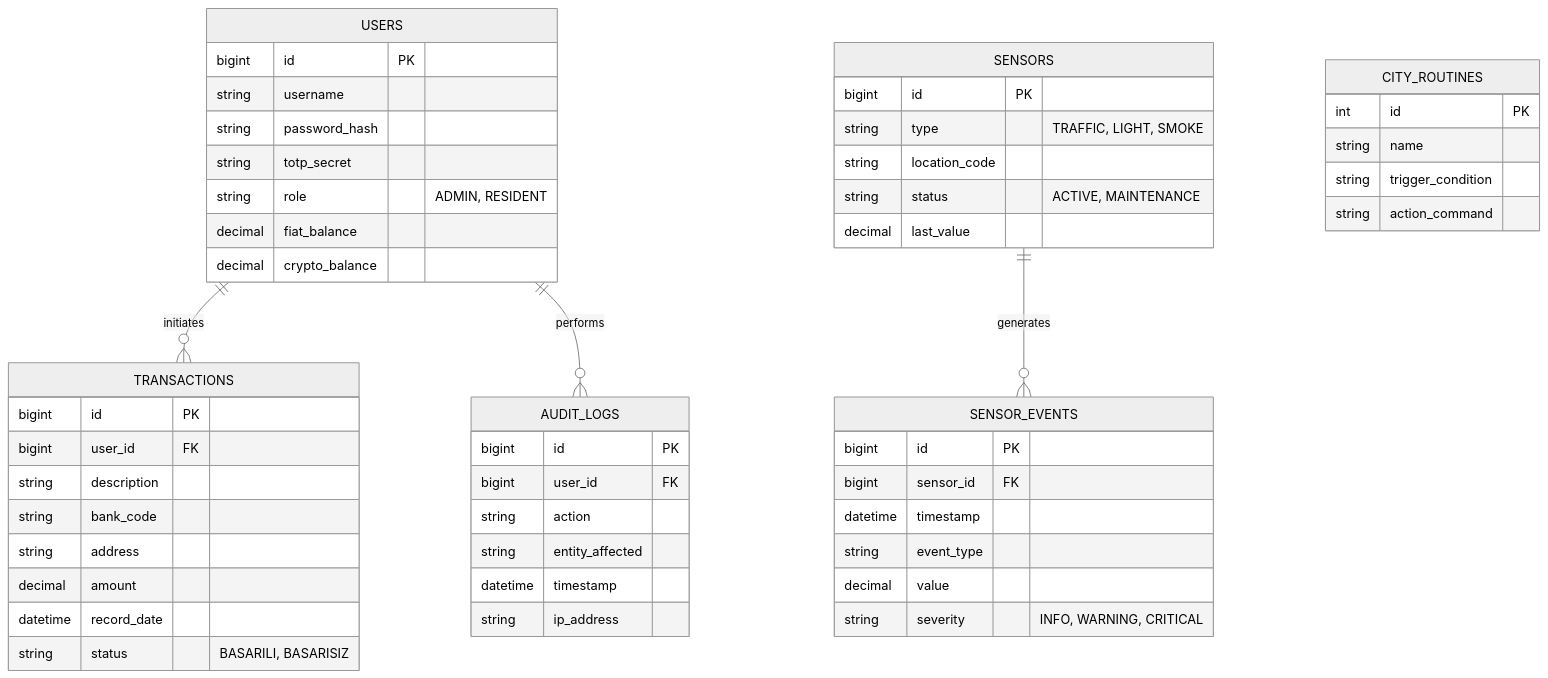
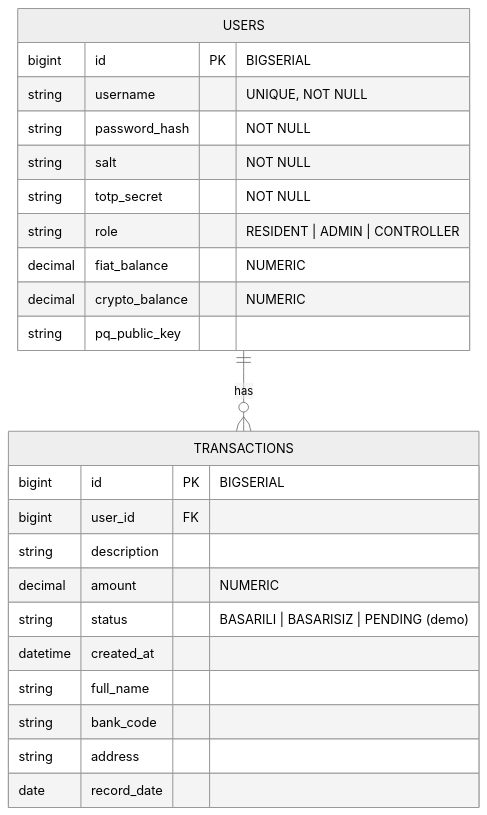
One commit to ferdiozaydin/digibank changed the diagram in docs/ek_a_database_schema.mmd. Above: the diagram before and after it, drawn with Mermaid. The commit also changed 11 other files, not shown here.

First line of the commit message:
Refactor UML diagrams and pseudocode for DigiBank Smart City prototype

```diff
--- a/docs/ek_a_database_schema.mmd
+++ b/docs/ek_a_database_schema.mmd
@@ -1,69 +1,38 @@
 ---
 config:
   theme: neutral
 ---
+
 erDiagram
 
-    %% Kullanıcı (In-Memory Prototype Model)
+    %% NOT:
+    %% - Bu şema, docker-compose ile ayağa kalkan PostgreSQL (opsiyonel) tablolarını gösterir.
+    %% - Smart city / sensor bileşenleri DB'ye yazmaz; olaylar demo/console ve AuditLogger ile takip edilir.
+    %% - DB kapalıysa repository'ler in-memory + dosya fallback davranışı gösterebilir.
+
     USERS {
-        bigint id PK
-        string username
-        string password_hash
-        string totp_secret
-        string role "ADMIN, RESIDENT"
-        decimal fiat_balance
-        decimal crypto_balance
+        bigint id PK "BIGSERIAL"
+        string username "UNIQUE, NOT NULL"
+        string password_hash "NOT NULL"
+        string salt "NOT NULL"
+        string totp_secret "NOT NULL"
+        string role "RESIDENT | ADMIN | CONTROLLER"
+        decimal fiat_balance "NUMERIC"
+        decimal crypto_balance "NUMERIC"
+        string pq_public_key
     }
 
-    %% Bankacılık Modülü
     TRANSACTIONS {
-        bigint id PK
+        bigint id PK "BIGSERIAL"
         bigint user_id FK
         string description
+        decimal amount "NUMERIC"
+        string status "BASARILI | BASARISIZ | PENDING (demo)"
+        datetime created_at
+        string full_name
         string bank_code
         string address
-        decimal amount
-        datetime record_date
-        string status "BASARILI, BASARISIZ"
+        date record_date
     }
 
-    USERS ||--o{ TRANSACTIONS : "initiates"
-
-    %% Akıllı Şehir Modülü
-    SENSORS {
-        bigint id PK
-        string type "TRAFFIC, LIGHT, SMOKE"
-        string location_code
-        string status "ACTIVE, MAINTENANCE"
-        decimal last_value
-    }
-
-    SENSOR_EVENTS {
-        bigint id PK
-        bigint sensor_id FK
-        datetime timestamp
-        string event_type
-        decimal value
-        string severity "INFO, WARNING, CRITICAL"
-    }
-
-    CITY_ROUTINES {
-        int id PK
-        string name
-        string trigger_condition
-        string action_command
-    }
-
-    SENSORS ||--o{ SENSOR_EVENTS : "generates"
-    
-    %% Audit ve Loglama
-    AUDIT_LOGS {
-        bigint id PK
-        bigint user_id FK
-        string action
-        string entity_affected
-        datetime timestamp
-        string ip_address
-    }
-
-    USERS ||--o{ AUDIT_LOGS : "performs"
+    USERS ||--o{ TRANSACTIONS : "has"
```
